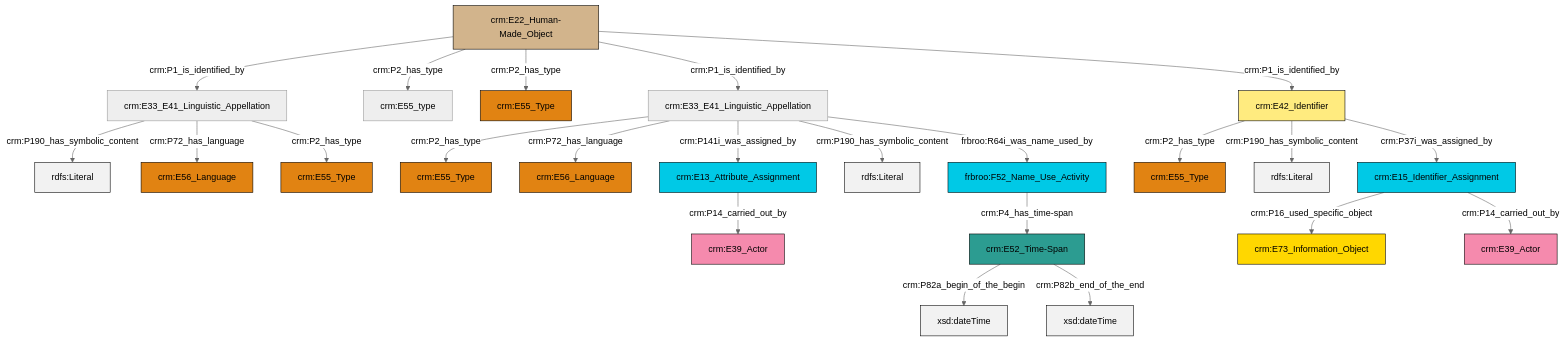
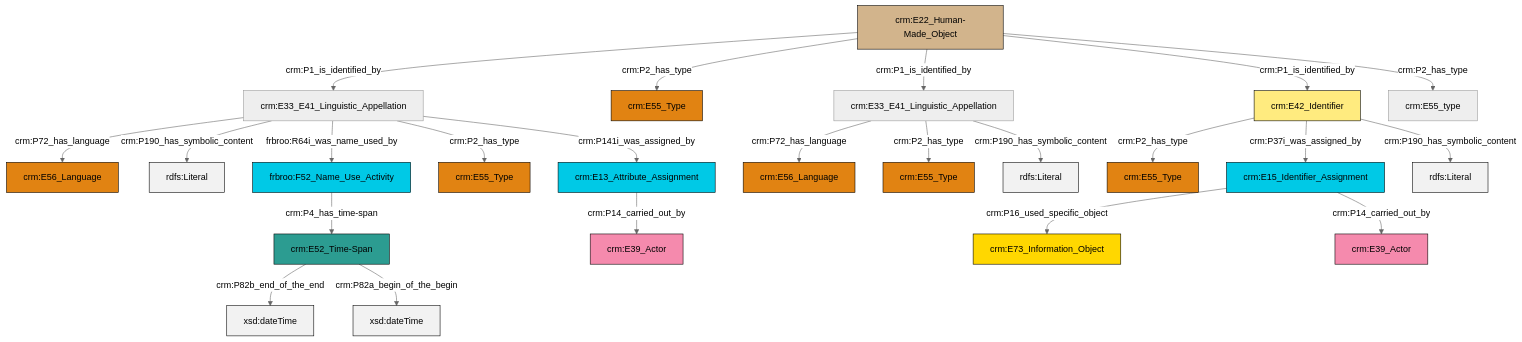
One commit to swiss-art-research-net/reference-data-models changed the diagram in et/artworkCSV/ttl/mmd/Artwork_Name.ttl.mmd. Above: the diagram before and after it, drawn with Mermaid (neutral theme). The commit also changed 122 other files, not shown here.

```diff
--- a/et/artworkCSV/ttl/mmd/Artwork_Name.ttl.mmd
+++ b/et/artworkCSV/ttl/mmd/Artwork_Name.ttl.mmd
@@ -1,37 +1,37 @@
 graph TD
 classDef Literal fill:#f2f2f2,stroke:#000000;
 classDef CRM_Entity fill:#FFFFFF,stroke:#000000;
 classDef Temporal_Entity fill:#00C9E6, stroke:#000000;
 classDef Type fill:#E18312, stroke:#000000;
 classDef Time-Span fill:#2C9C91, stroke:#000000;
 classDef Appellation fill:#FFEB7F, stroke:#000000;
 classDef Place fill:#008836, stroke:#000000;
 classDef Persistent_Item fill:#B266B2, stroke:#000000;
 classDef Conceptual_Object fill:#FFD700, stroke:#000000;
 classDef Physical_Thing fill:#D2B48C, stroke:#000000;
 classDef Actor fill:#f58aad, stroke:#000000;
 classDef PC_Classes fill:#4ce600, stroke:#000000;
 classDef Multi fill:#cccccc,stroke:#000000;
 
-2["crm:E13_Attribute_Assignment"]:::Temporal_Entity -->|crm:P14_carried_out_by| 3["crm:E39_Actor"]:::Actor
-8["crm:E33_E41_Linguistic_Appellation"]:::Default -->|crm:P2_has_type| 9["crm:E55_Type"]:::Type
-0["crm:E22_Human-Made_Object"]:::Physical_Thing -->|crm:P1_is_identified_by| 10["crm:E33_E41_Linguistic_Appellation"]:::Default
-12["crm:E15_Identifier_Assignment"]:::Temporal_Entity -->|crm:P16_used_specific_object| 13["crm:E73_Information_Object"]:::Conceptual_Object
-4["frbroo:F52_Name_Use_Activity"]:::Temporal_Entity -->|crm:P4_has_time-span| 14["crm:E52_Time-Span"]:::Time-Span
-8["crm:E33_E41_Linguistic_Appellation"]:::Default -->|crm:P72_has_language| 18["crm:E56_Language"]:::Type
-19["crm:E42_Identifier"]:::Appellation -->|crm:P2_has_type| 20["crm:E55_Type"]:::Type
-0["crm:E22_Human-Made_Object"]:::Physical_Thing -->|crm:P2_has_type| 21["crm:E55_type"]:::Default
-8["crm:E33_E41_Linguistic_Appellation"]:::Default -->|crm:P141i_was_assigned_by| 2["crm:E13_Attribute_Assignment"]:::Temporal_Entity
-10["crm:E33_E41_Linguistic_Appellation"]:::Default -->|crm:P190_has_symbolic_content| 23[rdfs:Literal]:::Literal
-14["crm:E52_Time-Span"]:::Time-Span -->|crm:P82a_begin_of_the_begin| 26[xsd:dateTime]:::Literal
-19["crm:E42_Identifier"]:::Appellation -->|crm:P190_has_symbolic_content| 27[rdfs:Literal]:::Literal
-0["crm:E22_Human-Made_Object"]:::Physical_Thing -->|crm:P2_has_type| 24["crm:E55_Type"]:::Type
-8["crm:E33_E41_Linguistic_Appellation"]:::Default -->|crm:P190_has_symbolic_content| 29[rdfs:Literal]:::Literal
-8["crm:E33_E41_Linguistic_Appellation"]:::Default -->|frbroo:R64i_was_name_used_by| 4["frbroo:F52_Name_Use_Activity"]:::Temporal_Entity
-0["crm:E22_Human-Made_Object"]:::Physical_Thing -->|crm:P1_is_identified_by| 8["crm:E33_E41_Linguistic_Appellation"]:::Default
-10["crm:E33_E41_Linguistic_Appellation"]:::Default -->|crm:P72_has_language| 6["crm:E56_Language"]:::Type
-0["crm:E22_Human-Made_Object"]:::Physical_Thing -->|crm:P1_is_identified_by| 19["crm:E42_Identifier"]:::Appellation
-10["crm:E33_E41_Linguistic_Appellation"]:::Default -->|crm:P2_has_type| 15["crm:E55_Type"]:::Type
-14["crm:E52_Time-Span"]:::Time-Span -->|crm:P82b_end_of_the_end| 41[xsd:dateTime]:::Literal
-12["crm:E15_Identifier_Assignment"]:::Temporal_Entity -->|crm:P14_carried_out_by| 39["crm:E39_Actor"]:::Actor
-19["crm:E42_Identifier"]:::Appellation -->|crm:P37i_was_assigned_by| 12["crm:E15_Identifier_Assignment"]:::Temporal_Entity
+2["crm:E33_E41_Linguistic_Appellation"]:::Default -->|crm:P72_has_language| 3["crm:E56_Language"]:::Type
+2["crm:E33_E41_Linguistic_Appellation"]:::Default -->|crm:P190_has_symbolic_content| 4[rdfs:Literal]:::Literal
+7["crm:E15_Identifier_Assignment"]:::Temporal_Entity -->|crm:P16_used_specific_object| 8["crm:E73_Information_Object"]:::Conceptual_Object
+9["crm:E42_Identifier"]:::Appellation -->|crm:P2_has_type| 10["crm:E55_Type"]:::Type
+5["crm:E33_E41_Linguistic_Appellation"]:::Default -->|crm:P72_has_language| 0["crm:E56_Language"]:::Type
+16["crm:E22_Human-Made_Object"]:::Physical_Thing -->|crm:P1_is_identified_by| 2["crm:E33_E41_Linguistic_Appellation"]:::Default
+16["crm:E22_Human-Made_Object"]:::Physical_Thing -->|crm:P2_has_type| 17["crm:E55_Type"]:::Type
+14["crm:E52_Time-Span"]:::Time-Span -->|crm:P82b_end_of_the_end| 19[xsd:dateTime]:::Literal
+22["crm:E13_Attribute_Assignment"]:::Temporal_Entity -->|crm:P14_carried_out_by| 20["crm:E39_Actor"]:::Actor
+2["crm:E33_E41_Linguistic_Appellation"]:::Default -->|frbroo:R64i_was_name_used_by| 23["frbroo:F52_Name_Use_Activity"]:::Temporal_Entity
+9["crm:E42_Identifier"]:::Appellation -->|crm:P37i_was_assigned_by| 7["crm:E15_Identifier_Assignment"]:::Temporal_Entity
+7["crm:E15_Identifier_Assignment"]:::Temporal_Entity -->|crm:P14_carried_out_by| 27["crm:E39_Actor"]:::Actor
+2["crm:E33_E41_Linguistic_Appellation"]:::Default -->|crm:P2_has_type| 28["crm:E55_Type"]:::Type
+16["crm:E22_Human-Made_Object"]:::Physical_Thing -->|crm:P1_is_identified_by| 5["crm:E33_E41_Linguistic_Appellation"]:::Default
+2["crm:E33_E41_Linguistic_Appellation"]:::Default -->|crm:P141i_was_assigned_by| 22["crm:E13_Attribute_Assignment"]:::Temporal_Entity
+5["crm:E33_E41_Linguistic_Appellation"]:::Default -->|crm:P2_has_type| 11["crm:E55_Type"]:::Type
+16["crm:E22_Human-Made_Object"]:::Physical_Thing -->|crm:P1_is_identified_by| 9["crm:E42_Identifier"]:::Appellation
+5["crm:E33_E41_Linguistic_Appellation"]:::Default -->|crm:P190_has_symbolic_content| 34[rdfs:Literal]:::Literal
+16["crm:E22_Human-Made_Object"]:::Physical_Thing -->|crm:P2_has_type| 31["crm:E55_type"]:::Default
+9["crm:E42_Identifier"]:::Appellation -->|crm:P190_has_symbolic_content| 37[rdfs:Literal]:::Literal
+23["frbroo:F52_Name_Use_Activity"]:::Temporal_Entity -->|crm:P4_has_time-span| 14["crm:E52_Time-Span"]:::Time-Span
+14["crm:E52_Time-Span"]:::Time-Span -->|crm:P82a_begin_of_the_begin| 41[xsd:dateTime]:::Literal
```
